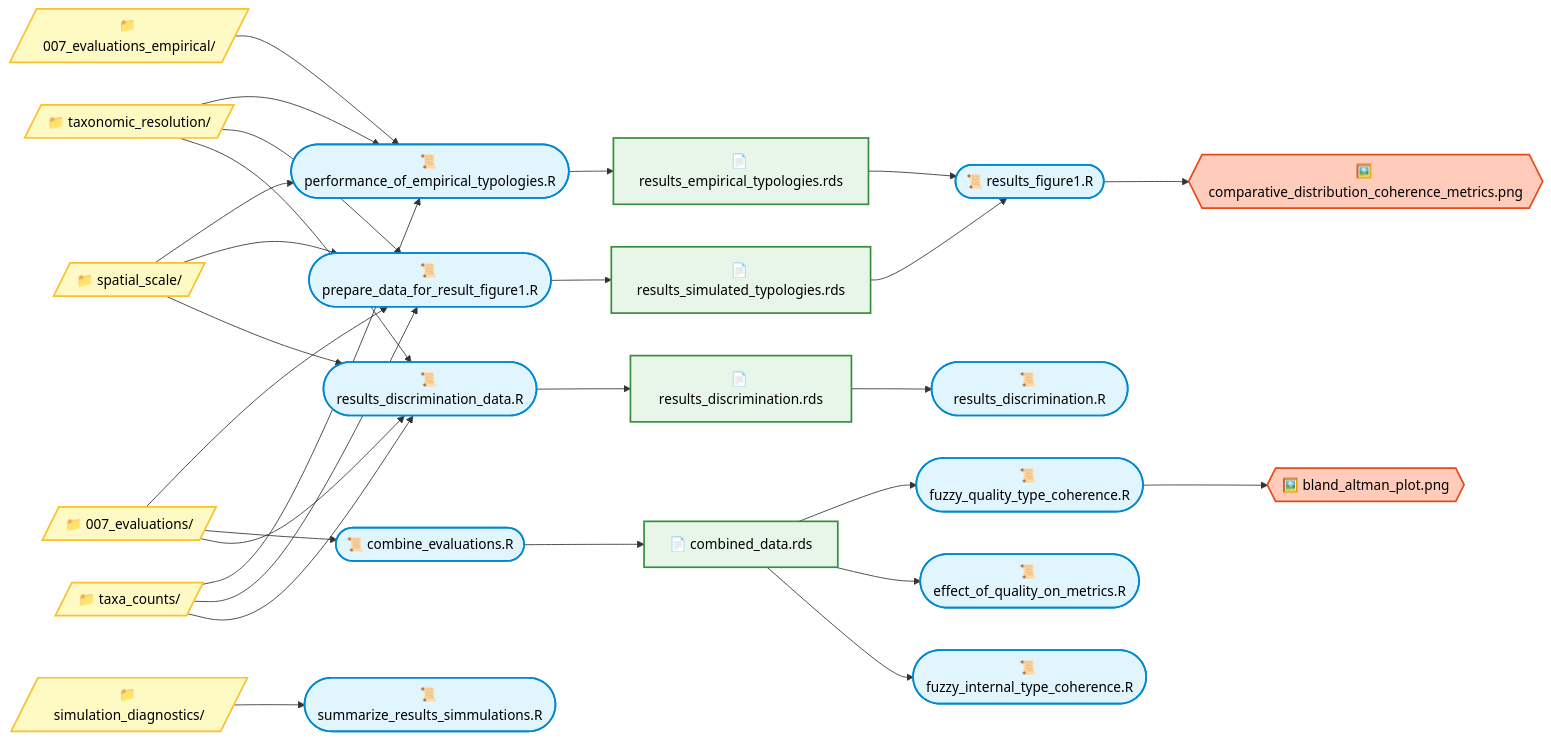
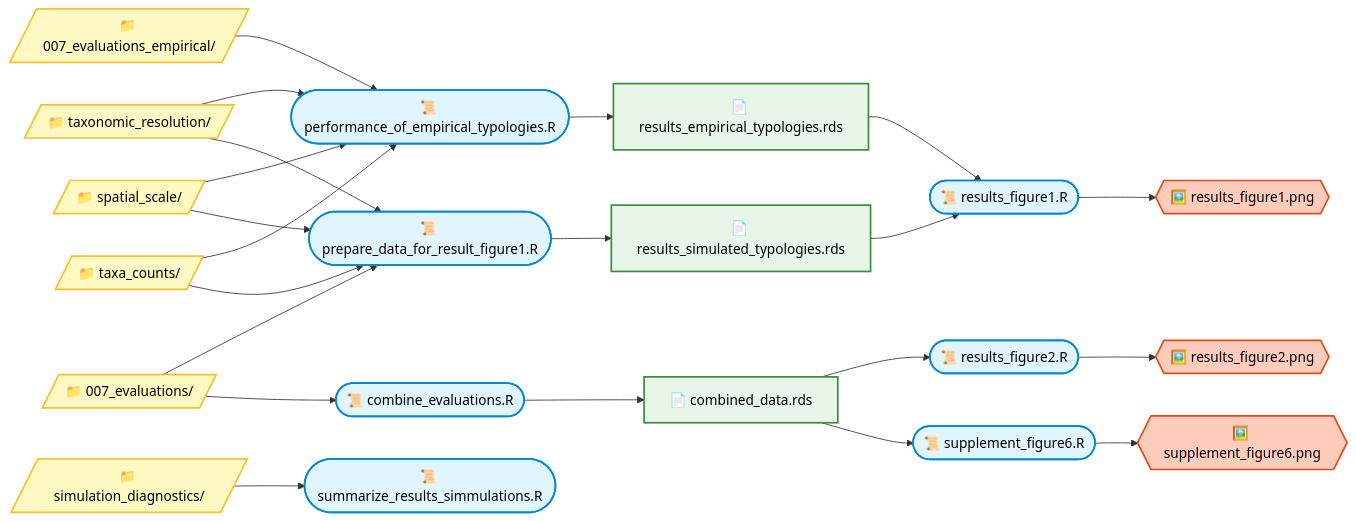
Before and after one commit to JonJup/FreshwaterTypologyBenchmarks: the first of 3 diagrams in docs/04_results_to_paper.md, drawn with Mermaid. The commit also changed other lines of this file, not shown here.

First line of the commit message:
Refactor results_to_paper.md by removing scripts

````diff
--- a/docs/04_results_to_paper.md
+++ b/docs/04_results_to_paper.md
@@ -3,75 +3,68 @@
 ```mermaid
 flowchart LR
 classDef script fill:#E1F5FE,stroke:#0288D1,stroke-width:2px,color:#000
 classDef helper fill:#F3E5F5,stroke:#7B1FA2,stroke-width:2px,color:#000
 classDef file fill:#E8F5E9,stroke:#388E3C,stroke-width:2px,color:#000
 classDef folder fill:#FFF9C4,stroke:#FBC02D,stroke-width:2px,color:#000
 classDef figure fill:#FFCCBC,stroke:#E64A19,stroke-width:2px,color:#000
 
 %% Folders
 FD_EMP[/"📁 007_evaluations_empirical/"/]:::folder
 FD_EVAL[/"📁 007_evaluations/"/]:::folder
 FD_TAX[/"📁 taxonomic_resolution/"/]:::folder
 FD_SPA[/"📁 spatial_scale/"/]:::folder
 FD_CNT[/"📁 taxa_counts/"/]:::folder
 FD_SIM[/"📁 simulation_diagnostics/"/]:::folder
 
 %% Data-prep Scripts
 S_PERF(["📜 performance_of_empirical_typologies.R"]):::script
 S_PREP(["📜 prepare_data_for_result_figure1.R"]):::script
 S_COMB(["📜 combine_evaluations.R"]):::script
-S_DISC(["📜 results_discrimination_data.R"]):::script
 S_SUMM(["📜 summarize_results_simmulations.R"]):::script
 
 %% Figure Scripts
 SF_FIG1(["📜 results_figure1.R"]):::script
-SF_QTC(["📜 fuzzy_quality_type_coherence.R"]):::script
-SF_EQM(["📜 effect_of_quality_on_metrics.R"]):::script
-SF_ITC(["📜 fuzzy_internal_type_coherence.R"]):::script
-SF_DISC(["📜 results_discrimination.R"]):::script
+SF_QTC(["📜 results_figure2.R"]):::script
+SF_SF6(["📜 supplement_figure6.R"]):::script
+
 
 %% Files
 F_EMP["📄 results_empirical_typologies.rds"]:::file
 F_SIM["📄 results_simulated_typologies.rds"]:::file
 F_COMB["📄 combined_data.rds"]:::file
-F_DISC["📄 results_discrimination.rds"]:::file
+
 
 %% Figures
-G_CDC{{"🖼️ comparative_distribution_coherence_metrics.png"}}:::figure
-G_BA{{"🖼️ bland_altman_plot.png"}}:::figure
+G_CDC{{"🖼️ results_figure1.png"}}:::figure
+G_BA{{"🖼️ results_figure2.png"}}:::figure
+G_SF6{{"🖼️ supplement_figure6.png"}}:::figure
 
 %% Folder -> Script edges
 FD_EMP --> S_PERF
 FD_TAX --> S_PERF
 FD_SPA --> S_PERF
 FD_CNT --> S_PERF
-
 FD_EVAL --> S_PREP
 FD_EVAL --> S_COMB
-FD_EVAL --> S_DISC
 FD_TAX --> S_PREP
-FD_TAX --> S_DISC
 FD_SPA --> S_PREP
-FD_SPA --> S_DISC
 FD_CNT --> S_PREP
-FD_CNT --> S_DISC
 FD_SIM --> S_SUMM
 
 %% Script -> File edges
 S_PERF --> F_EMP
 S_PREP --> F_SIM
 S_COMB --> F_COMB
-S_DISC --> F_DISC
+
 
 %% File -> Figure-script edges
 F_EMP --> SF_FIG1
 F_SIM --> SF_FIG1
 F_COMB --> SF_QTC
-F_COMB --> SF_EQM
-F_COMB --> SF_ITC
-F_DISC --> SF_DISC
+F_COMB --> SF_SF6
 
 %% Figure-script -> Figure edges
 SF_FIG1 --> G_CDC
 SF_QTC --> G_BA
+SF_SF6 --> G_SF6
 ```
````
